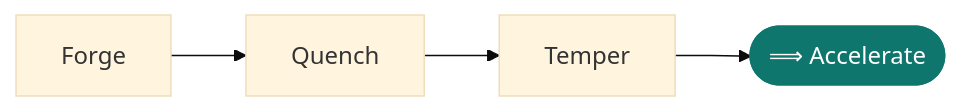
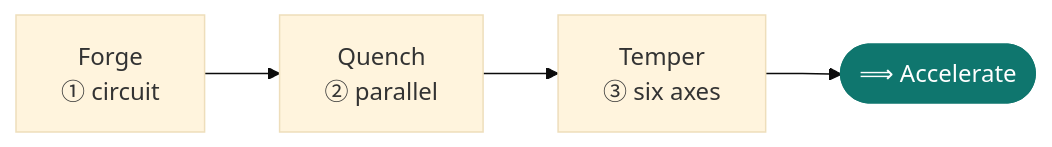
One commit to chrono-code/forge-harness changed the second of 2 diagrams in README.md. Above: the diagram before and after it, drawn with Mermaid (base theme). The commit also changed other lines of this file and 4 other files, not shown here.

````diff
--- a/README.md
+++ b/README.md
@@ -636,5 +642,5 @@
 ```mermaid
 flowchart LR
-  F["Forge"] --> Q["Quench"] --> T["Temper"] --> A(["⟹ Accelerate"])
+  F["Forge<br/>① circuit"] --> Q["Quench<br/>② parallel"] --> T["Temper<br/>③ six axes"] --> A(["⟹ Accelerate"])
   style A fill:#0f766e,stroke:#0f766e,color:#fff
 ```
````
